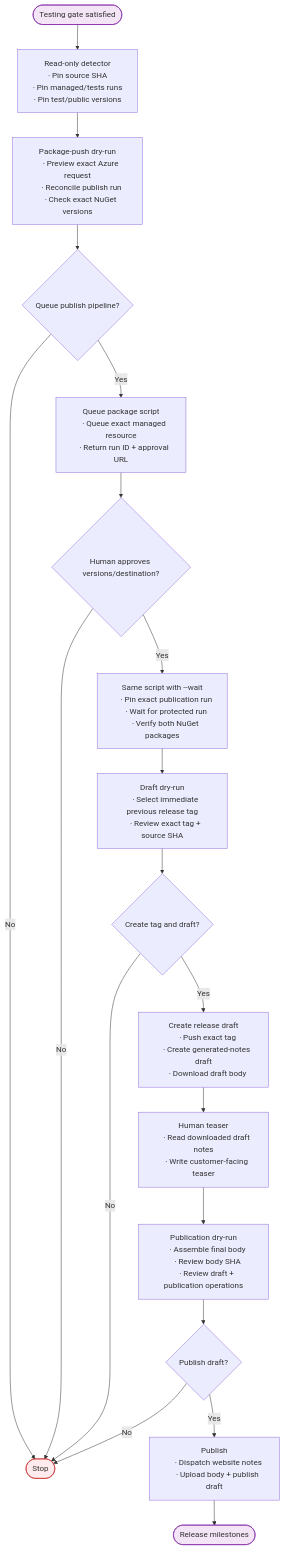
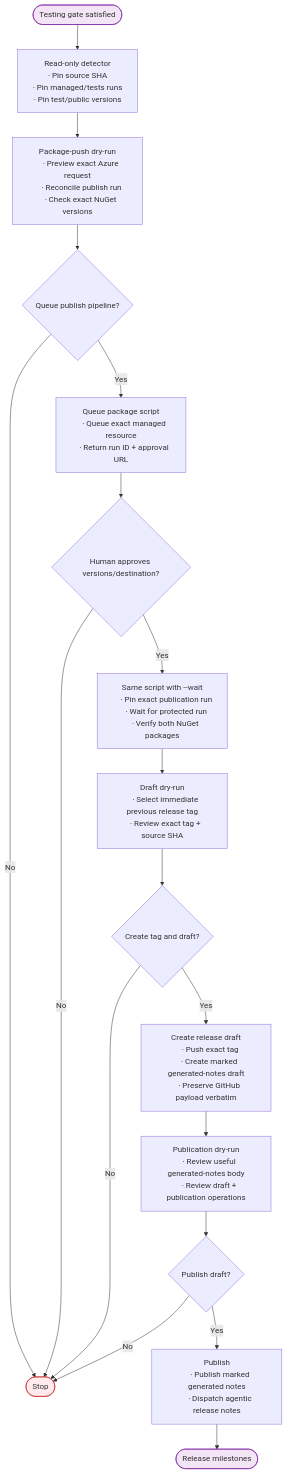
One commit to mono/SkiaSharp changed the third of 4 diagrams in documentation/dev/releasing.md. Above: the diagram before and after it, drawn with Mermaid. The commit also changed other lines of this file and 8 other files, not shown here.

First line of the commit message:
Redesign release publication handoff

````diff
--- a/documentation/dev/releasing.md
+++ b/documentation/dev/releasing.md
@@ -239,49 +239,45 @@
 ```mermaid
 flowchart TB
     START([Testing gate satisfied]) --> DETECT
     DETECT["Read-only detector
     ∙ Pin source SHA
     ∙ Pin managed/tests runs
     ∙ Pin test/public versions"] --> PUSH_AUDIT
     PUSH_AUDIT["Package-push dry-run
     ∙ Preview exact Azure request
     ∙ Reconcile publish run
     ∙ Check exact NuGet versions"] --> APPROVE1{Queue publish pipeline?}
     APPROVE1 -->|No| STOP([Stop])
     APPROVE1 -->|Yes| PUSH
     PUSH["Queue package script
     ∙ Queue exact managed resource
     ∙ Return run ID + approval URL"] --> AZURE_APPROVAL{Human approves versions/destination?}
     AZURE_APPROVAL -->|No| STOP
     AZURE_APPROVAL -->|Yes| WAIT
     WAIT["Same script with --wait
     ∙ Pin exact publication run
     ∙ Wait for protected run
     ∙ Verify both NuGet packages"] --> DRAFT_AUDIT
     DRAFT_AUDIT["Draft dry-run
     ∙ Select immediate previous release tag
     ∙ Review exact tag + source SHA"] --> APPROVE2{Create tag and draft?}
     APPROVE2 -->|No| STOP
     APPROVE2 -->|Yes| DRAFT
     DRAFT["Create release draft
     ∙ Push exact tag
-    ∙ Create generated-notes draft
-    ∙ Download draft body"] --> TEASER
-    TEASER["Human teaser
-    ∙ Read downloaded draft notes
-    ∙ Write customer-facing teaser"] --> PUBLICATION_AUDIT
+    ∙ Create marked generated-notes draft
+    ∙ Preserve GitHub payload verbatim"] --> PUBLICATION_AUDIT
     PUBLICATION_AUDIT["Publication dry-run
-    ∙ Assemble final body
-    ∙ Review body SHA
+    ∙ Review useful generated-notes body
     ∙ Review draft + publication operations"] --> APPROVE3{Publish draft?}
     APPROVE3 -->|No| STOP
     APPROVE3 -->|Yes| PUBLISH
     PUBLISH["Publish
-    ∙ Dispatch website notes
-    ∙ Upload body + publish draft"] --> HANDOFF([Release milestones])
+    ∙ Publish marked generated notes
+    ∙ Dispatch agentic release notes"] --> HANDOFF([Release milestones])
 
     classDef error fill:#ffebee,stroke:#c62828
     classDef endpoint fill:#f3e5f5,stroke:#7b1fa2
     class STOP error
     class START,HANDOFF endpoint
 ```
````
